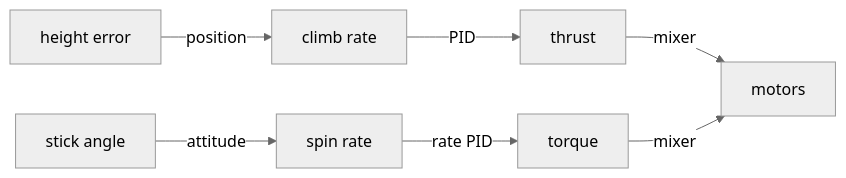
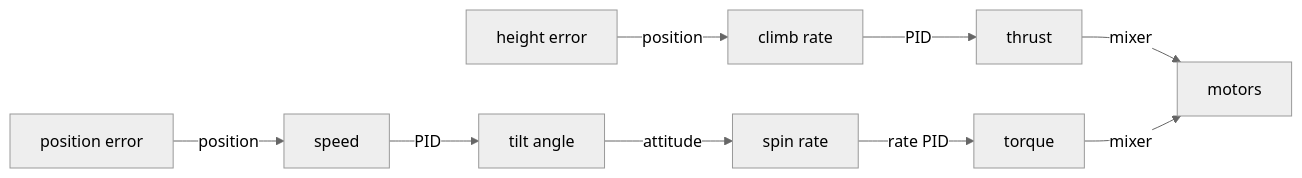
The third of 3 diagrams in docs/architecture.md (hybridgroup/tinyflight), drawn with Mermaid (neutral theme) before and after one commit. The commit also changed other lines of this file and 3 other files, not shown here.

````diff
--- a/docs/architecture.md
+++ b/docs/architecture.md
@@ -138,7 +145,8 @@
 ```mermaid
 flowchart LR
     herr[height error] -->|position| climb[climb rate] -->|PID| thrust
-    angle[stick angle] -->|attitude| spin[spin rate] -->|rate PID| torque
+    perr[position error] -->|position| speed -->|PID| angle
+    angle[tilt angle] -->|attitude| spin[spin rate] -->|rate PID| torque
     thrust -->|mixer| motors
     torque -->|mixer| motors
 ```
````
